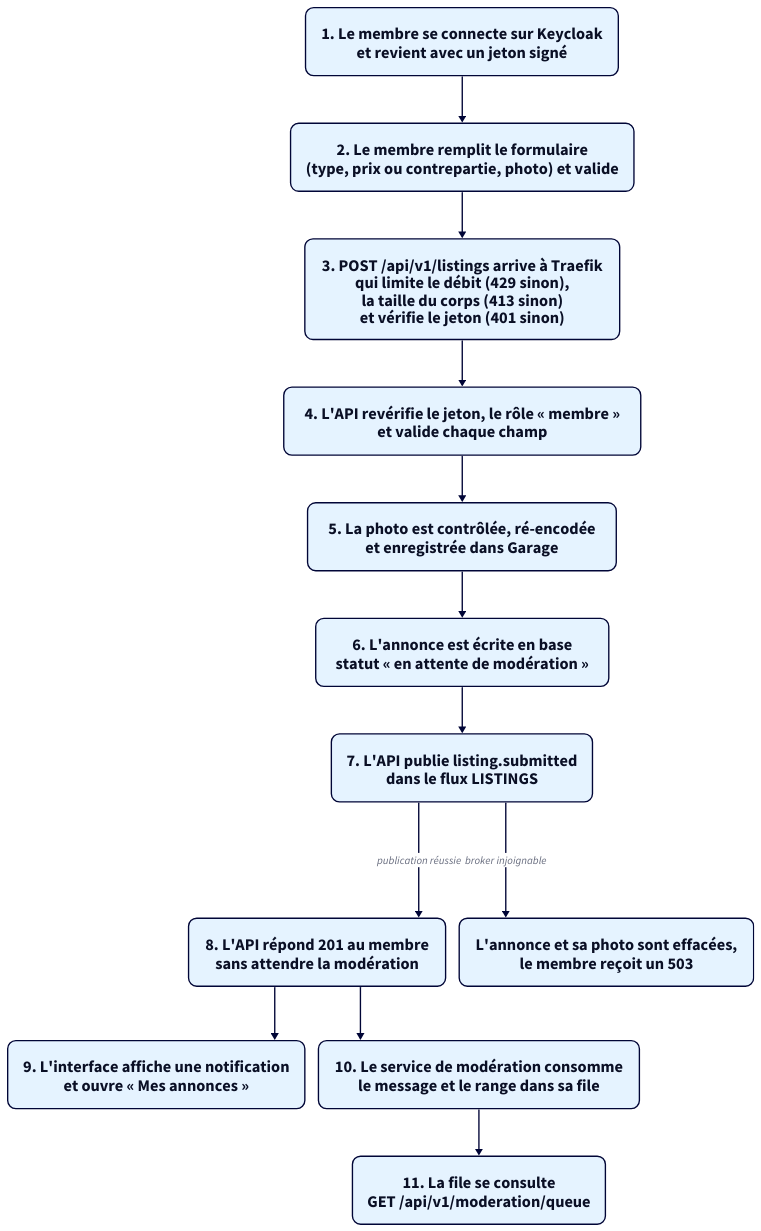
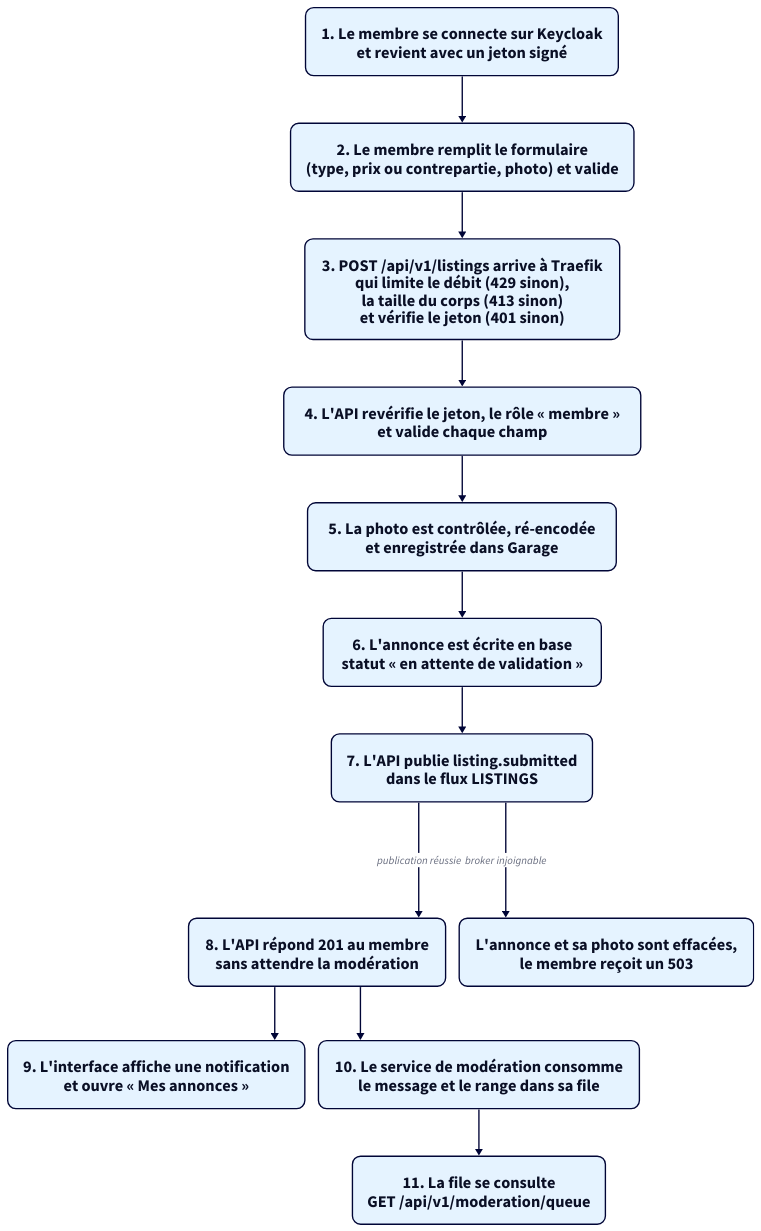
The second of 2 diagrams in docs/architecture.md (kitaah/pme), drawn with D2 before and after one commit. The commit also changed other lines of this file and 49 other files, not shown here.

````diff
--- a/docs/architecture.md
+++ b/docs/architecture.md
@@ -150,38 +150,38 @@
 ```d2
 vars: {
   d2-config: {
     layout-engine: elk
     theme-id: 5
     pad: 8
   }
 }
 direction: down
 
 classes: {
   boite: {
     style: {
       font-size: 24
       border-radius: 12
     }
   }
 }
 
 connexion: "1. Le membre se connecte sur Keycloak\net revient avec un jeton signé" {class: boite}
 depot: "2. Le membre remplit le formulaire\n(type, prix ou contrepartie, photo) et valide" {class: boite}
 entree: "3. POST /api/v1/listings arrive à Traefik\nqui limite le débit (429 sinon),\nla taille du corps (413 sinon)\net vérifie le jeton (401 sinon)" {class: boite}
 controle: "4. L'API revérifie le jeton, le rôle « membre »\net valide chaque champ" {class: boite}
 photo: "5. La photo est contrôlée, ré-encodée\net enregistrée dans Garage" {class: boite}
-ecriture: "6. L'annonce est écrite en base\nstatut « en attente de modération »" {class: boite}
+ecriture: "6. L'annonce est écrite en base\nstatut « en attente de validation »" {class: boite}
 publication: "7. L'API publie listing.submitted\ndans le flux LISTINGS" {class: boite}
 reponse: "8. L'API répond 201 au membre\nsans attendre la modération" {class: boite}
 redirection: "9. L'interface affiche une notification\net ouvre « Mes annonces »" {class: boite}
 consommation: "10. Le service de modération consomme\nle message et le range dans sa file" {class: boite}
 file: "11. La file se consulte\nGET /api/v1/moderation/queue" {class: boite}
 compensation: "L'annonce et sa photo sont effacées,\nle membre reçoit un 503" {class: boite}
 
 connexion -> depot -> entree -> controle -> photo -> ecriture -> publication
 publication -> reponse: publication réussie
 publication -> compensation: broker injoignable
 reponse -> redirection
 reponse -> consommation -> file
 ```
````
